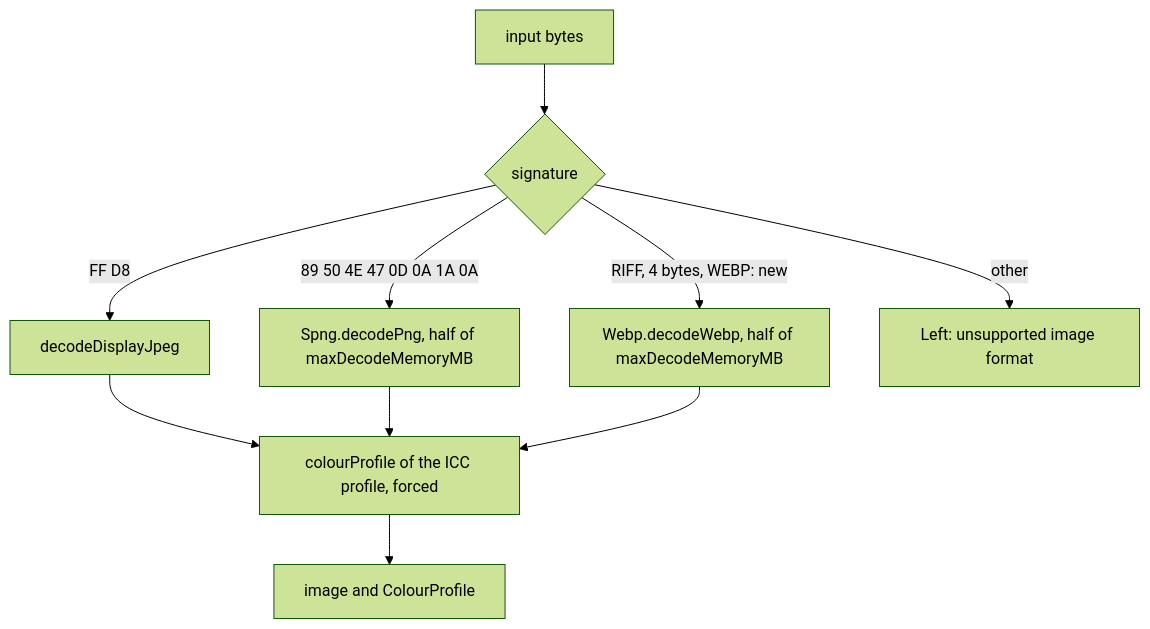
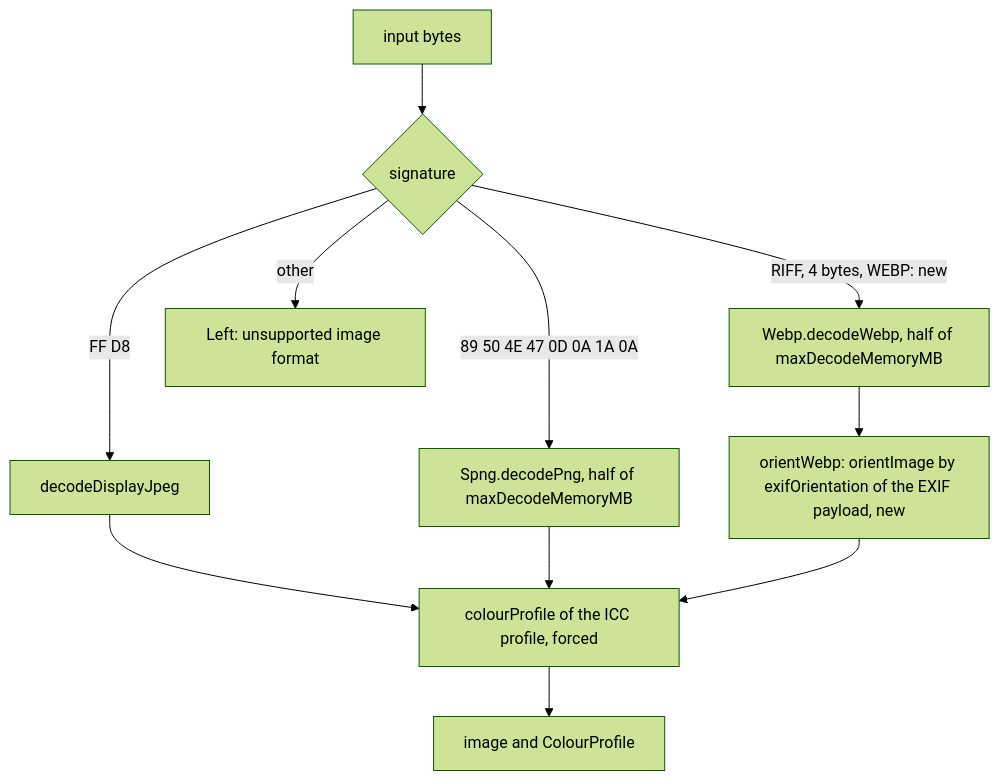
The third of 6 diagrams in plans/2026-11-22-core-webp-decoding.md (simplex-chat/simplex-chat), drawn with Mermaid (forest theme) before and after one commit. The commit also changed other lines of this file, not shown here.

Commit message:
docs: state the EXIF orientation and the binary sizes in the WebP plan

````diff
--- a/plans/2026-11-22-core-webp-decoding.md
+++ b/plans/2026-11-22-core-webp-decoding.md
@@ -189,12 +192,13 @@
 ```mermaid
 flowchart TD
   IN["input bytes"] --> SIG{"signature"}
   SIG -->|"FF D8"| JPEG["decodeDisplayJpeg"]
   SIG -->|"89 50 4E 47 0D 0A 1A 0A"| PNG["Spng.decodePng, half of maxDecodeMemoryMB"]
   SIG -->|"RIFF, 4 bytes, WEBP: new"| WEBP["Webp.decodeWebp, half of maxDecodeMemoryMB"]
   SIG -->|other| ERR["Left: unsupported image format"]
   JPEG --> CP["colourProfile of the ICC profile, forced"]
   PNG --> CP
-  WEBP --> CP
+  WEBP --> OR["orientWebp: orientImage by exifOrientation of the EXIF payload, new"]
+  OR --> CP
   CP --> OUT["image and ColourProfile"]
 ```
````
